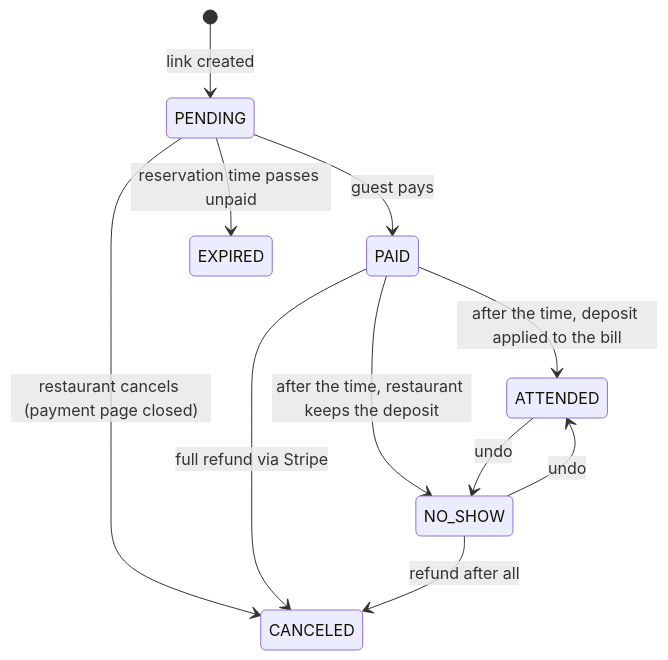
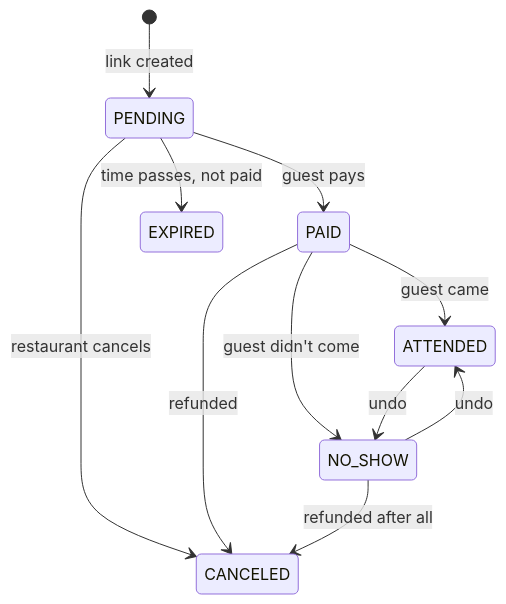
The first of 2 diagrams in README.md (chalogr2/DepositsApp), drawn with Mermaid before and after one commit. The commit also changed other lines of this file and 6 other files, not shown here.

````diff
--- a/README.md
+++ b/README.md
@@ -43,13 +31,13 @@
 ```mermaid
 stateDiagram-v2
     [*] --> PENDING: link created
     PENDING --> PAID: guest pays
-    PENDING --> EXPIRED: reservation time passes unpaid
-    PENDING --> CANCELED: restaurant cancels (payment page closed)
-    PAID --> ATTENDED: after the time, deposit applied to the bill
-    PAID --> NO_SHOW: after the time, restaurant keeps the deposit
-    PAID --> CANCELED: full refund via Stripe
+    PENDING --> EXPIRED: time passes, not paid
+    PENDING --> CANCELED: restaurant cancels
+    PAID --> ATTENDED: guest came
+    PAID --> NO_SHOW: guest didn't come
+    PAID --> CANCELED: refunded
     NO_SHOW --> ATTENDED: undo
     ATTENDED --> NO_SHOW: undo
-    NO_SHOW --> CANCELED: refund after all
+    NO_SHOW --> CANCELED: refunded after all
 ```
````
